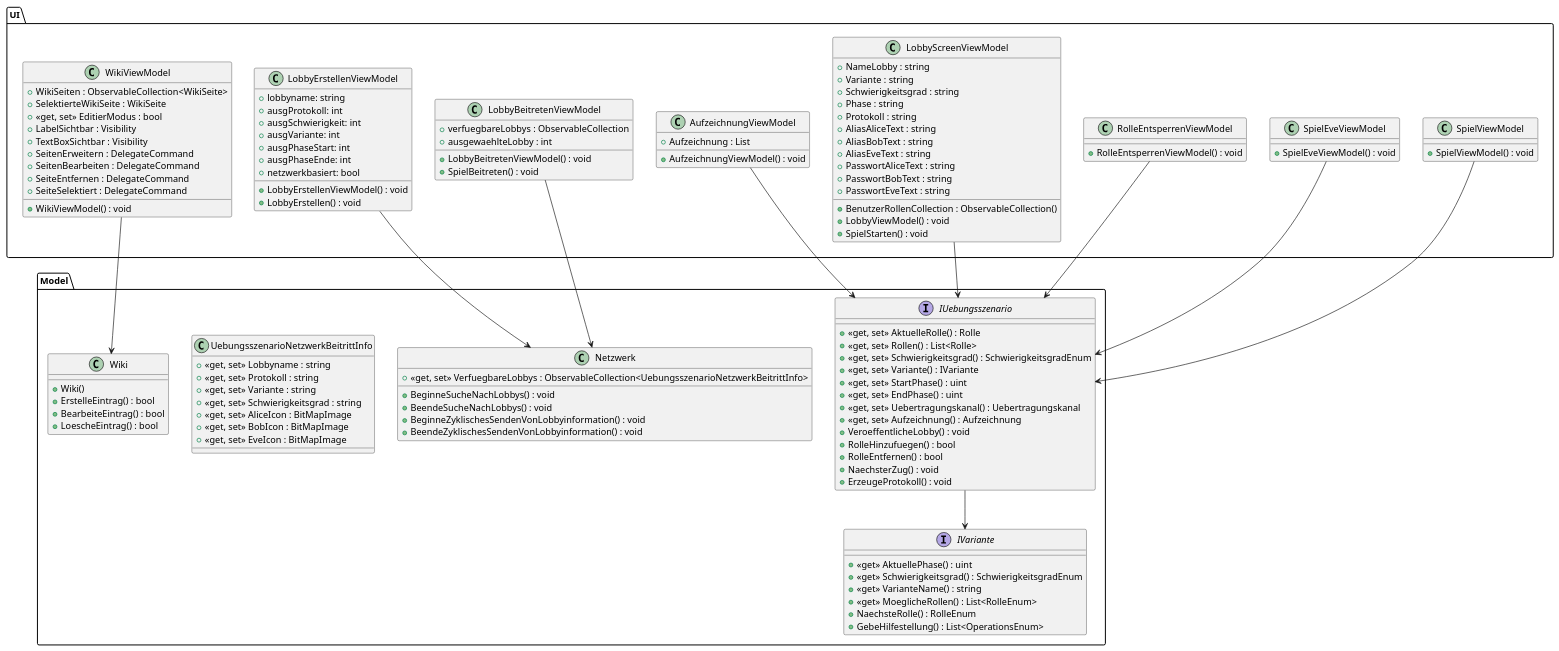
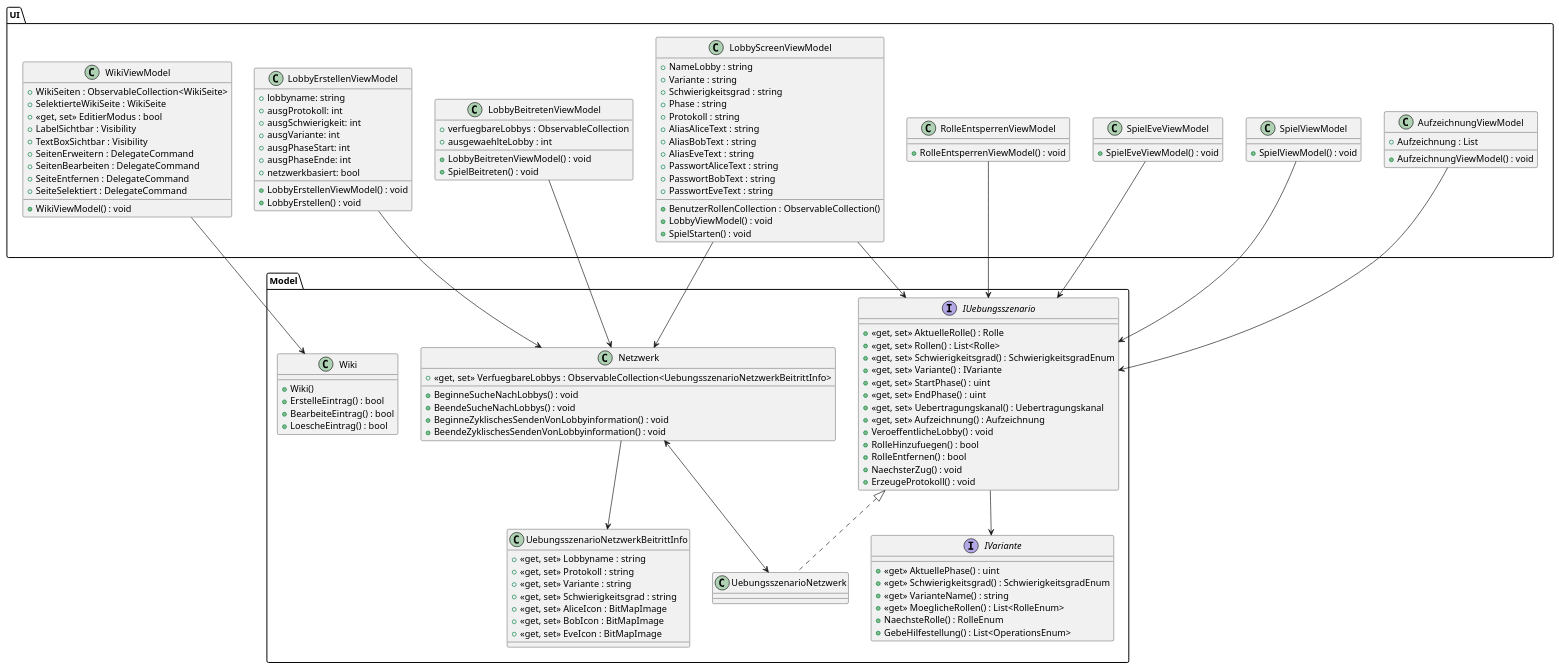
Before and after one commit to Jonas-Ha/quakrypto: the diagram in 02_Entwurf/Schnittstellendiagramm/Schnittstellendiagramm.puml, drawn with PlantUML. The commit also changed 6 other files, not shown here.

```diff
--- a/02_Entwurf/Schnittstellendiagramm/Schnittstellendiagramm.puml
+++ b/02_Entwurf/Schnittstellendiagramm/Schnittstellendiagramm.puml
@@ -1,156 +1,166 @@
 @startuml name
 top to bottom direction
 skinparam pageMargin 10
 skinparam pageExternalColor gray
 skinparam pageBorderColor black
 
 package Model
 {
 	interface IUebungsszenario
 	{
 		+ <<get, set>> AktuelleRolle() : Rolle
 		+ <<get, set>> Rollen() : List<Rolle>
 		+ <<get, set>> Schwierigkeitsgrad() : SchwierigkeitsgradEnum
 		+ <<get, set>> Variante() : IVariante
 		+ <<get, set>> StartPhase() : uint
 		+ <<get, set>> EndPhase() : uint
 		+ <<get, set>> Uebertragungskanal() : Uebertragungskanal
 		+ <<get, set>> Aufzeichnung() : Aufzeichnung
 		+ VeroeffentlicheLobby() : void
 		+ RolleHinzufuegen() : bool
 		+ RolleEntfernen() : bool
 		+ NaechsterZug() : void
 		+ ErzeugeProtokoll() : void
 	}
 
 	interface IVariante
 	{
 		+ <<get>> AktuellePhase() : uint
 		+ <<get>> Schwierigkeitsgrad() : SchwierigkeitsgradEnum
 		+ <<get>> VarianteName() : string
 		+ <<get>> MoeglicheRollen() : List<RolleEnum>
 		+ NaechsteRolle() : RolleEnum
 		+ GebeHilfestellung() : List<OperationsEnum>
 	}
+	
+	together {
+		class UebungsszenarioNetzwerk implements IUebungsszenario
+		{
+
+		} 
+
+			class UebungsszenarioNetzwerkBeitrittInfo
+		{
+			+ <<get, set>> Lobbyname : string
+			+ <<get, set>> Protokoll : string
+			+ <<get, set>> Variante : string
+			+ <<get, set>> Schwierigkeitsgrad : string
+			+ <<get, set>> AliceIcon : BitMapImage
+			+ <<get, set>> BobIcon : BitMapImage
+			+ <<get, set>> EveIcon : BitMapImage
+		}
+	}
 
 	class Netzwerk
 	{
 		+ <<get, set>> VerfuegbareLobbys : ObservableCollection<UebungsszenarioNetzwerkBeitrittInfo>
 		+ BeginneSucheNachLobbys() : void
 		+ BeendeSucheNachLobbys() : void
 		+ BeginneZyklischesSendenVonLobbyinformation() : void
 		+ BeendeZyklischesSendenVonLobbyinformation() : void
-	}
-
-	class UebungsszenarioNetzwerkBeitrittInfo
-	{
-		+ <<get, set>> Lobbyname : string
-		+ <<get, set>> Protokoll : string
-		+ <<get, set>> Variante : string
-		+ <<get, set>> Schwierigkeitsgrad : string
-		+ <<get, set>> AliceIcon : BitMapImage
-		+ <<get, set>> BobIcon : BitMapImage
-		+ <<get, set>> EveIcon : BitMapImage
 	}
 
 	class Wiki
 	{
 		+ Wiki()
 		+ ErstelleEintrag() : bool
 		+ BearbeiteEintrag() : bool
 		+ LoescheEintrag() : bool
 	}
 }
 
 /'************************************************************'/
 /'PACKAGE UI												  '/
 /'************************************************************'/
 package UI
 {
 	together{
 		class LobbyErstellenViewModel
 		{
 			+ lobbyname: string 
 			+ ausgProtokoll: int 
 			+ ausgSchwierigkeit: int 
 			+ ausgVariante: int 
 			+ ausgPhaseStart: int 
 			+ ausgPhaseEnde: int 
 			+ netzwerkbasiert: bool 
 			+ LobbyErstellenViewModel() : void
 			+ LobbyErstellen() : void
 		}
 
 		class LobbyBeitretenViewModel
 		{
 			+ verfuegbareLobbys : ObservableCollection 
 			+ ausgewaehlteLobby : int 
 			+ LobbyBeitretenViewModel() : void 
 			+ SpielBeitreten() : void 
 		}
 
 		class LobbyScreenViewModel
 		{
 			+ NameLobby : string
 			+ Variante : string
 			+ Schwierigkeitsgrad : string
 			+ Phase : string
 			+ Protokoll : string
 			+ AliasAliceText : string
 			+ AliasBobText : string
 			+ AliasEveText : string
 			+ PasswortAliceText : string
 			+ PasswortBobText : string
 			+ PasswortEveText : string
 			+ BenutzerRollenCollection : ObservableCollection()
 			+ LobbyViewModel() : void
 			+ SpielStarten() : void
 		}
 
 		class WikiViewModel
 		{
 			+ WikiSeiten : ObservableCollection<WikiSeite>
 			+ SelektierteWikiSeite : WikiSeite
 			+ <<get, set>> EditierModus : bool
 			+ LabelSichtbar : Visibility
 			+ TextBoxSichtbar : Visibility
 			+ SeitenErweitern : DelegateCommand
 			+ SeitenBearbeiten : DelegateCommand
 			+ SeiteEntfernen : DelegateCommand
 			+ SeiteSelektiert : DelegateCommand
 			+ WikiViewModel() : void
 		}	
 
 		class AufzeichnungViewModel
 		{
 			+ Aufzeichnung : List
 			+ AufzeichnungViewModel() : void
 		}
 
 		class SpielViewModel
 		{
 			+ SpielViewModel() : void 
 		}
 
 		class SpielEveViewModel
 		{
 			+ SpielEveViewModel() : void 
 		}
 
 		class RolleEntsperrenViewModel
 		{
 			+ RolleEntsperrenViewModel() : void 
 		}
 	}
 }
 
 LobbyScreenViewModel-->IUebungsszenario
 AufzeichnungViewModel-->IUebungsszenario
 SpielViewModel-->IUebungsszenario
 SpielEveViewModel-->IUebungsszenario
 RolleEntsperrenViewModel-->IUebungsszenario
 WikiViewModel --> Wiki
 IUebungsszenario --> IVariante
 LobbyBeitretenViewModel --> Netzwerk
 LobbyErstellenViewModel --> Netzwerk
+Netzwerk <--> UebungsszenarioNetzwerk
+UebungsszenarioNetzwerkBeitrittInfo <-- Netzwerk
+Netzwerk <-- LobbyScreenViewModel
 @enduml
```
